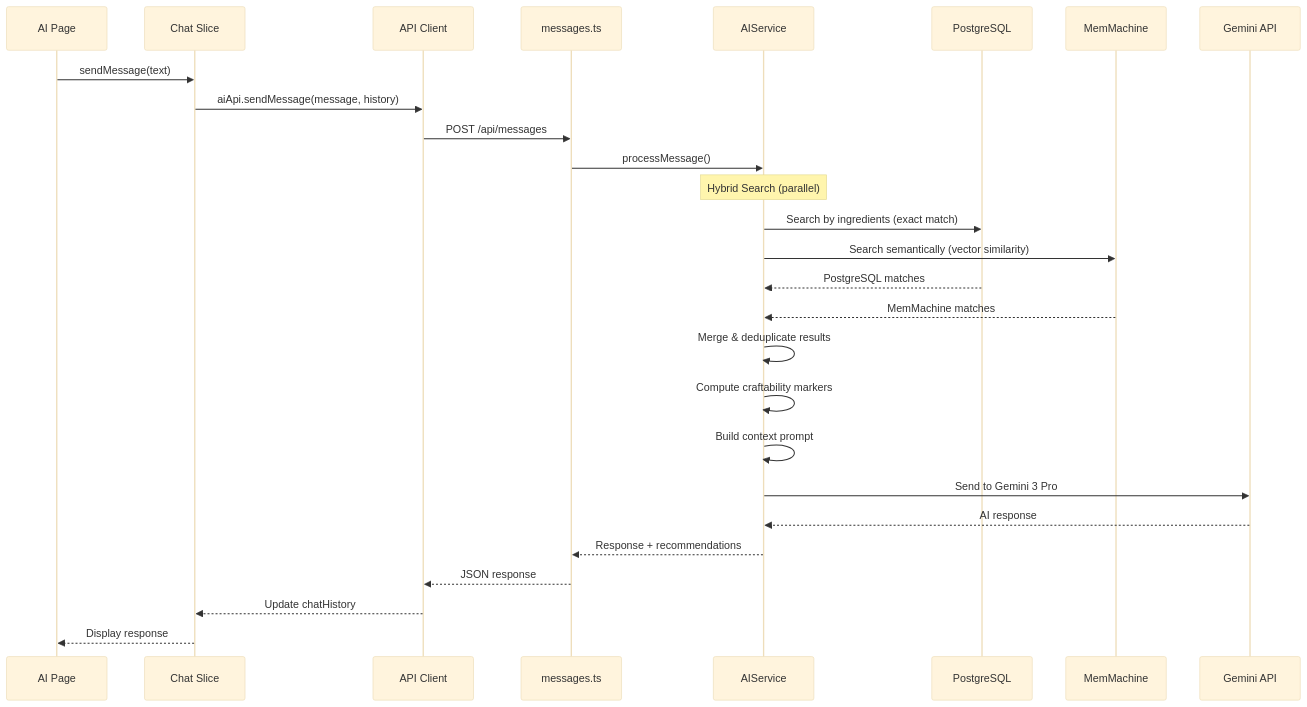
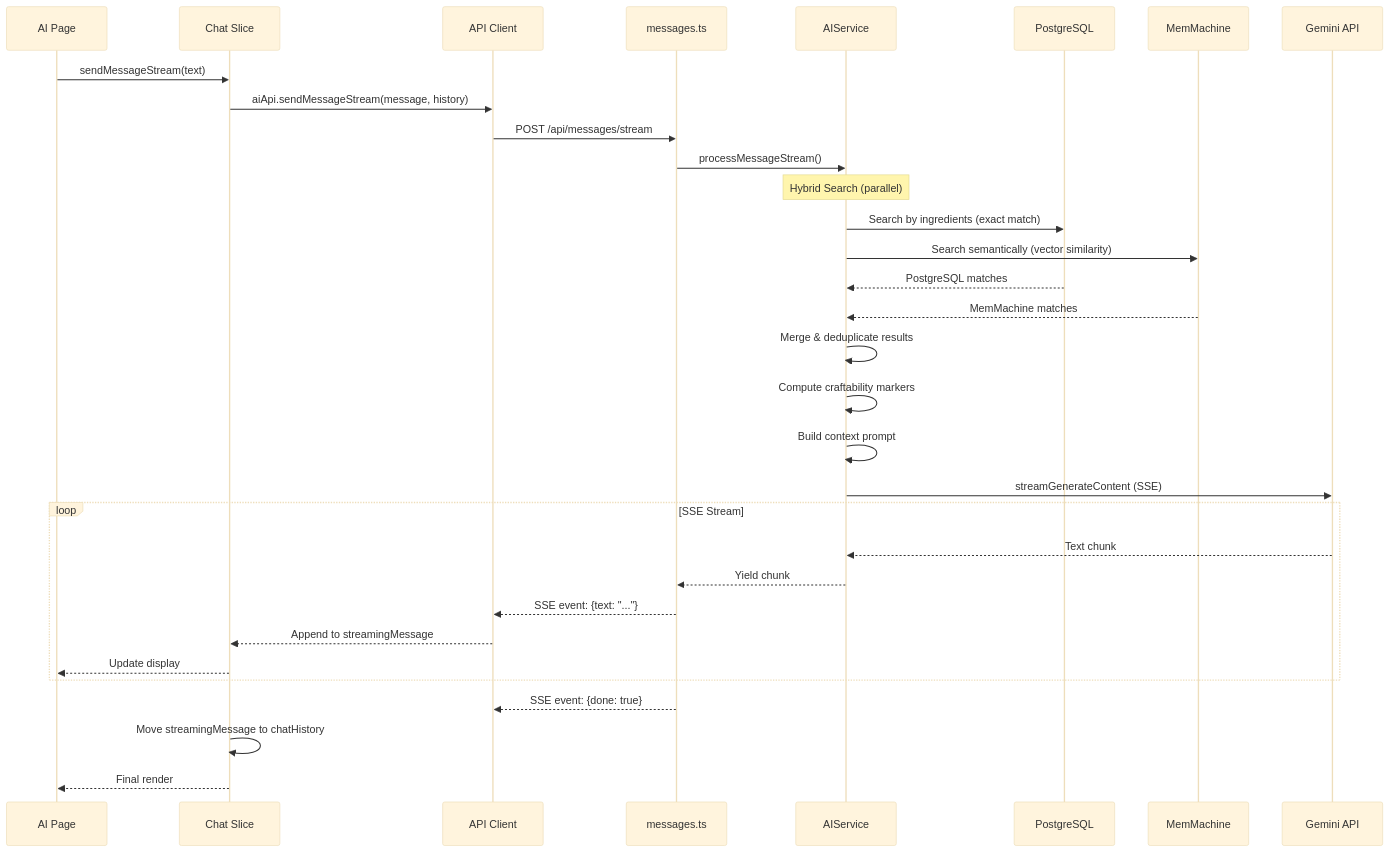
One commit to JLawMcGraw/alchemix changed the tenth of 12 diagrams in Documentation/ARCHITECTURE.md. Above: the diagram before and after it, drawn with Mermaid (base theme). The commit also changed other lines of this file and 16 other files, not shown here.

````diff
--- a/Documentation/ARCHITECTURE.md
+++ b/Documentation/ARCHITECTURE.md
@@ -703,33 +704,39 @@
 ```mermaid
 sequenceDiagram
     participant UI as AI Page
     participant Store as Chat Slice
     participant API as API Client
     participant Route as messages.ts
     participant AISvc as AIService
     participant DB as PostgreSQL
     participant MM as MemMachine
     participant Gemini as Gemini API
 
-    UI->>Store: sendMessage(text)
-    Store->>API: aiApi.sendMessage(message, history)
-    API->>Route: POST /api/messages
-    Route->>AISvc: processMessage()
+    UI->>Store: sendMessageStream(text)
+    Store->>API: aiApi.sendMessageStream(message, history)
+    API->>Route: POST /api/messages/stream
+    Route->>AISvc: processMessageStream()
 
     Note over AISvc: Hybrid Search (parallel)
     AISvc->>DB: Search by ingredients (exact match)
     AISvc->>MM: Search semantically (vector similarity)
     DB-->>AISvc: PostgreSQL matches
     MM-->>AISvc: MemMachine matches
 
     AISvc->>AISvc: Merge & deduplicate results
     AISvc->>AISvc: Compute craftability markers
     AISvc->>AISvc: Build context prompt
-    AISvc->>Gemini: Send to Gemini 3 Pro
-    Gemini-->>AISvc: AI response
+    AISvc->>Gemini: streamGenerateContent (SSE)
 
-    AISvc-->>Route: Response + recommendations
-    Route-->>API: JSON response
-    API-->>Store: Update chatHistory
-    Store-->>UI: Display response
+    loop SSE Stream
+        Gemini-->>AISvc: Text chunk
+        AISvc-->>Route: Yield chunk
+        Route-->>API: SSE event: {text: "..."}
+        API-->>Store: Append to streamingMessage
+        Store-->>UI: Update display
+    end
+
+    Route-->>API: SSE event: {done: true}
+    Store->>Store: Move streamingMessage to chatHistory
+    Store-->>UI: Final render
 ```
````
